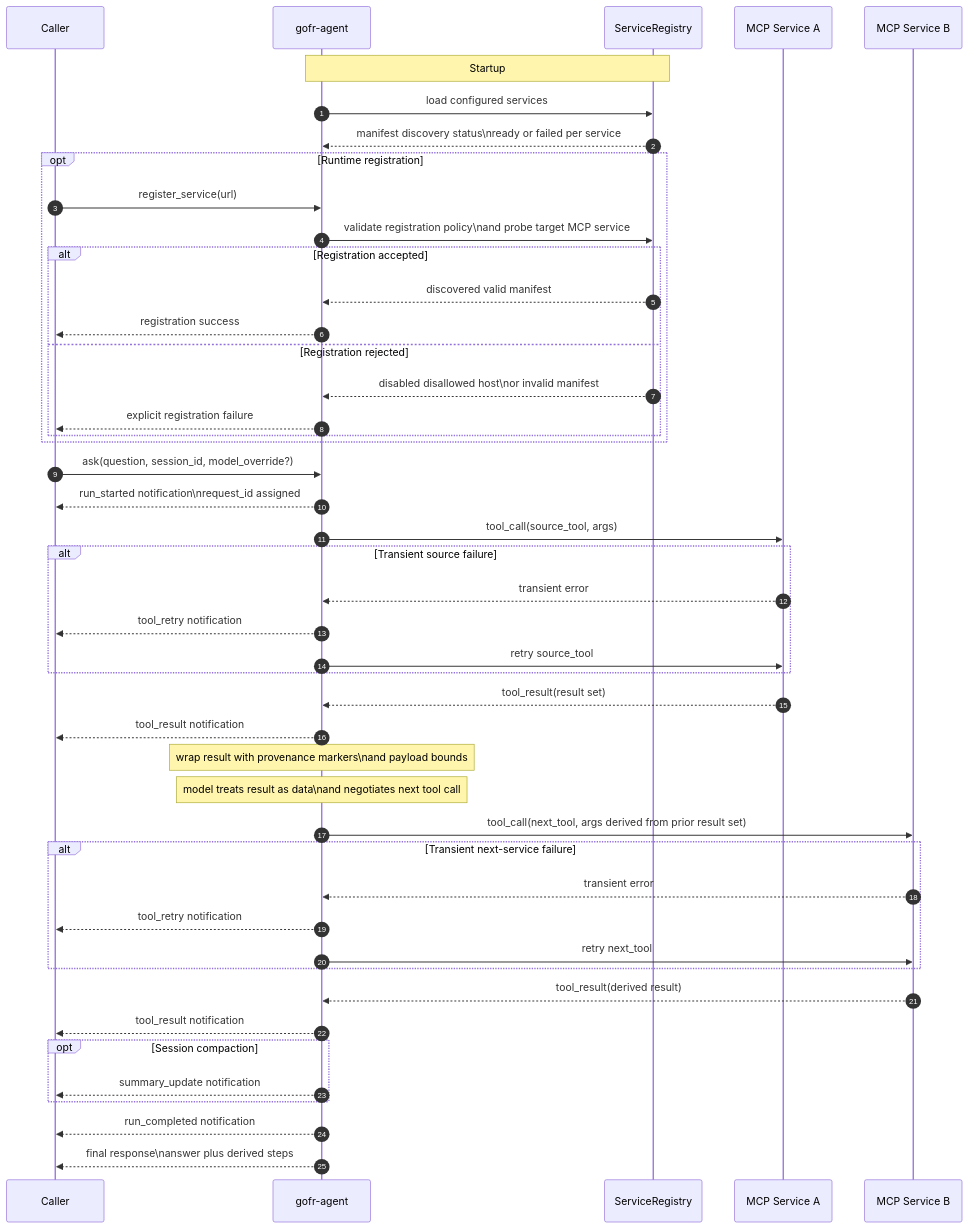
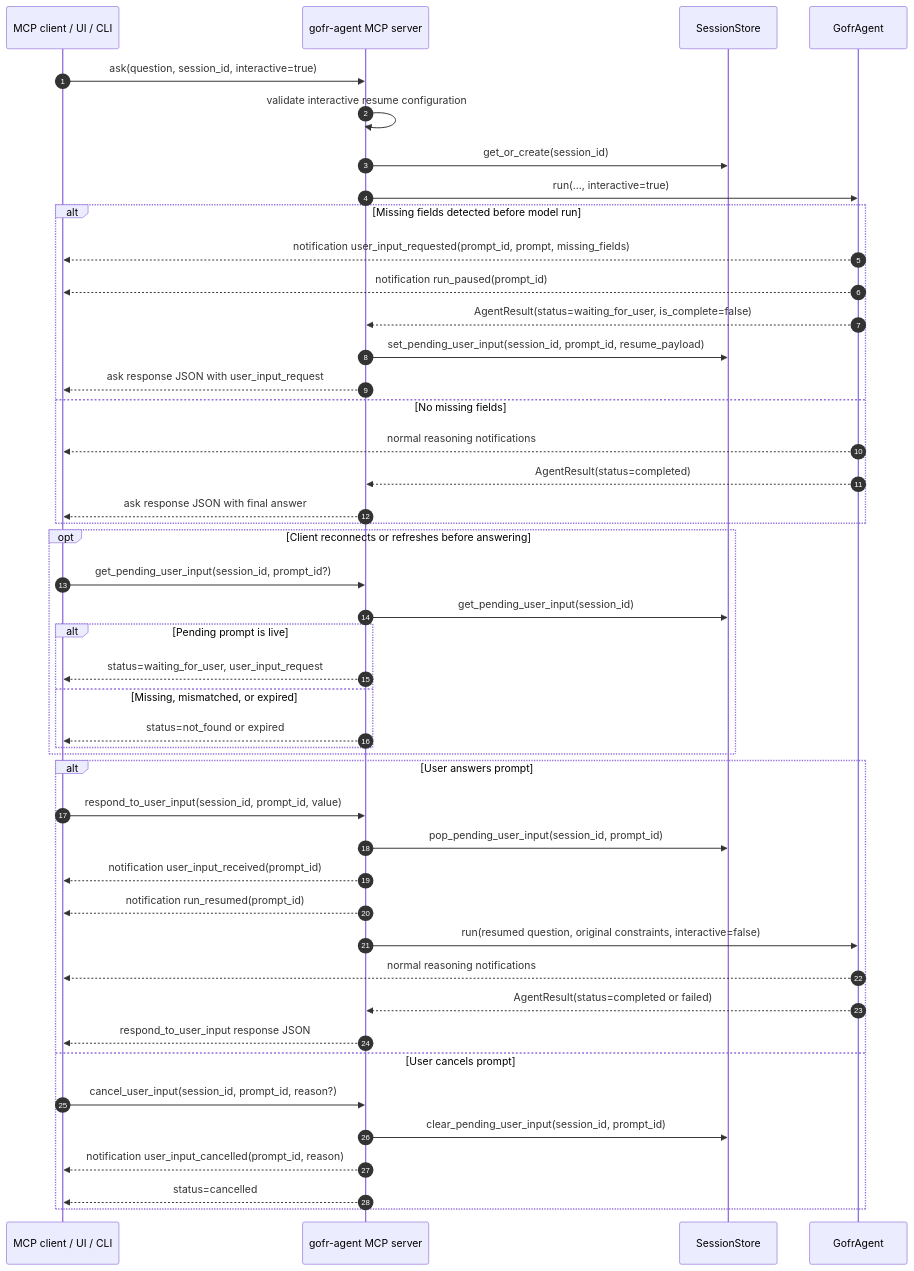
The third of 3 diagrams in docs/reasoning_stream_sequence_diagram.md (parrisma/gofr-agent), drawn with Mermaid before and after one commit. The commit also changed other lines of this file and 30 other files, not shown here.

```diff
--- a/docs/reasoning_stream_sequence_diagram.md
+++ b/docs/reasoning_stream_sequence_diagram.md
@@ -7,56 +159,51 @@
 ~~~mermaid
 sequenceDiagram
    autonumber
-   participant Caller
-   participant Agent as gofr-agent
-   participant Registry as ServiceRegistry
-   participant Source as MCP Service A
-   participant Next as MCP Service B
+   participant Caller as MCP client / UI / CLI
+   participant Agent as gofr-agent MCP server
+   participant Store as SessionStore
+   participant Reasoner as GofrAgent
 
-   Note over Agent,Registry: Startup
-   Agent->>Registry: load configured services
-   Registry-->>Agent: manifest discovery status\nready or failed per service
+   Caller->>Agent: ask(question, session_id, interactive=true)
+   Agent->>Agent: validate interactive resume configuration
+   Agent->>Store: get_or_create(session_id)
+   Agent->>Reasoner: run(..., interactive=true)
 
-   opt Runtime registration
-      Caller->>Agent: register_service(url)
-      Agent->>Registry: validate registration policy\nand probe target MCP service
-      alt Registration accepted
-         Registry-->>Agent: discovered valid manifest
-         Agent-->>Caller: registration success
-      else Registration rejected
-         Registry-->>Agent: disabled disallowed host\nor invalid manifest
-         Agent-->>Caller: explicit registration failure
+   alt Missing fields detected before model run
+      Reasoner-->>Caller: notification user_input_requested(prompt_id, prompt, missing_fields)
+      Reasoner-->>Caller: notification run_paused(prompt_id)
+      Reasoner-->>Agent: AgentResult(status=waiting_for_user, is_complete=false)
+      Agent->>Store: set_pending_user_input(session_id, prompt_id, resume_payload)
+      Agent-->>Caller: ask response JSON with user_input_request
+   else No missing fields
+      Reasoner-->>Caller: normal reasoning notifications
+      Reasoner-->>Agent: AgentResult(status=completed)
+      Agent-->>Caller: ask response JSON with final answer
+   end
+
+   opt Client reconnects or refreshes before answering
+      Caller->>Agent: get_pending_user_input(session_id, prompt_id?)
+      Agent->>Store: get_pending_user_input(session_id)
+      alt Pending prompt is live
+         Agent-->>Caller: status=waiting_for_user, user_input_request
+      else Missing, mismatched, or expired
+         Agent-->>Caller: status=not_found or expired
       end
    end
 
-   Caller->>Agent: ask(question, session_id, model_override?)
-   Agent-->>Caller: run_started notification\nrequest_id assigned
-
-   Agent->>Source: tool_call(source_tool, args)
-   alt Transient source failure
-      Source-->>Agent: transient error
-      Agent-->>Caller: tool_retry notification
-      Agent->>Source: retry source_tool
+   alt User answers prompt
+      Caller->>Agent: respond_to_user_input(session_id, prompt_id, value)
+      Agent->>Store: pop_pending_user_input(session_id, prompt_id)
+      Agent-->>Caller: notification user_input_received(prompt_id)
+      Agent-->>Caller: notification run_resumed(prompt_id)
+      Agent->>Reasoner: run(resumed question, original constraints, interactive=false)
+      Reasoner-->>Caller: normal reasoning notifications
+      Reasoner-->>Agent: AgentResult(status=completed or failed)
+      Agent-->>Caller: respond_to_user_input response JSON
+   else User cancels prompt
+      Caller->>Agent: cancel_user_input(session_id, prompt_id, reason?)
+      Agent->>Store: clear_pending_user_input(session_id, prompt_id)
+      Agent-->>Caller: notification user_input_cancelled(prompt_id, reason)
+      Agent-->>Caller: status=cancelled
    end
-   Source-->>Agent: tool_result(result set)
-   Agent-->>Caller: tool_result notification
-
-   Note over Agent: wrap result with provenance markers\nand payload bounds
-   Note over Agent: model treats result as data\nand negotiates next tool call
-
-   Agent->>Next: tool_call(next_tool, args derived from prior result set)
-   alt Transient next-service failure
-      Next-->>Agent: transient error
-      Agent-->>Caller: tool_retry notification
-      Agent->>Next: retry next_tool
-   end
-   Next-->>Agent: tool_result(derived result)
-   Agent-->>Caller: tool_result notification
-
-   opt Session compaction
-      Agent-->>Caller: summary_update notification
-   end
-
-   Agent-->>Caller: run_completed notification
-   Agent-->>Caller: final response\nanswer plus derived steps
 ~~~
```
